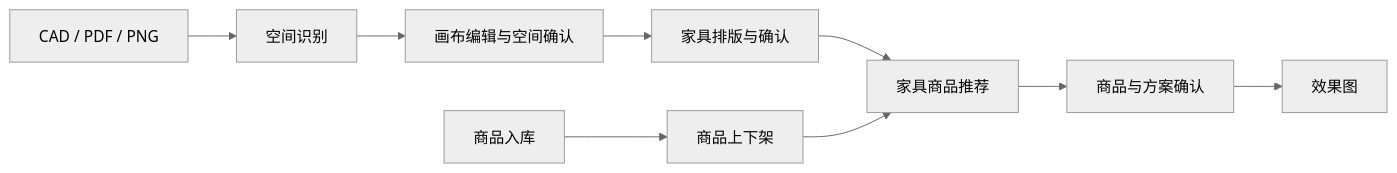
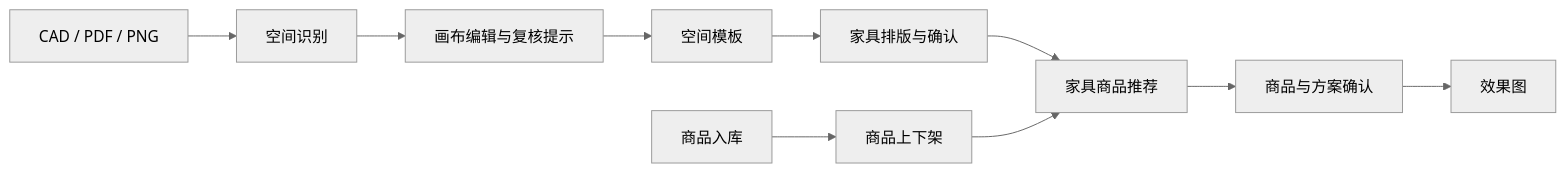
The diagram in docs/product-requirements.md (Chen-Minghuan/rsdp-office), drawn with Mermaid (neutral theme) before and after one commit. The commit also changed other lines of this file and 48 other files, not shown here.

````diff
--- a/docs/product-requirements.md
+++ b/docs/product-requirements.md
@@ -15,11 +15,12 @@
 ```mermaid
 flowchart LR
   A[商品入库] --> B[商品上下架]
   C[CAD / PDF / PNG] --> D[空间识别]
-  D --> E[画布编辑与空间确认]
-  E --> F[家具排版与确认]
+  D --> E[画布编辑与复核提示]
+  E --> T[空间模板]
+  T --> F[家具排版与确认]
   F --> G[家具商品推荐]
   B --> G
   G --> H[商品与方案确认]
   H --> I[效果图]
 ```
````
